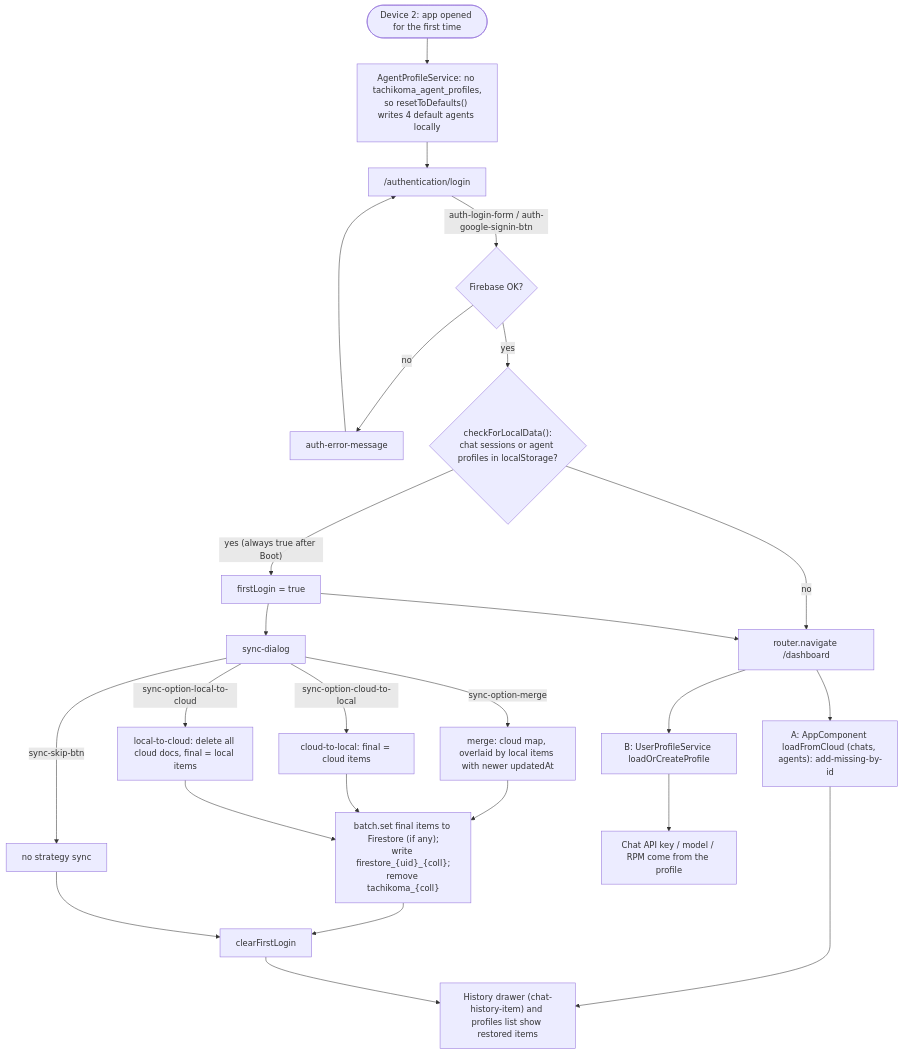
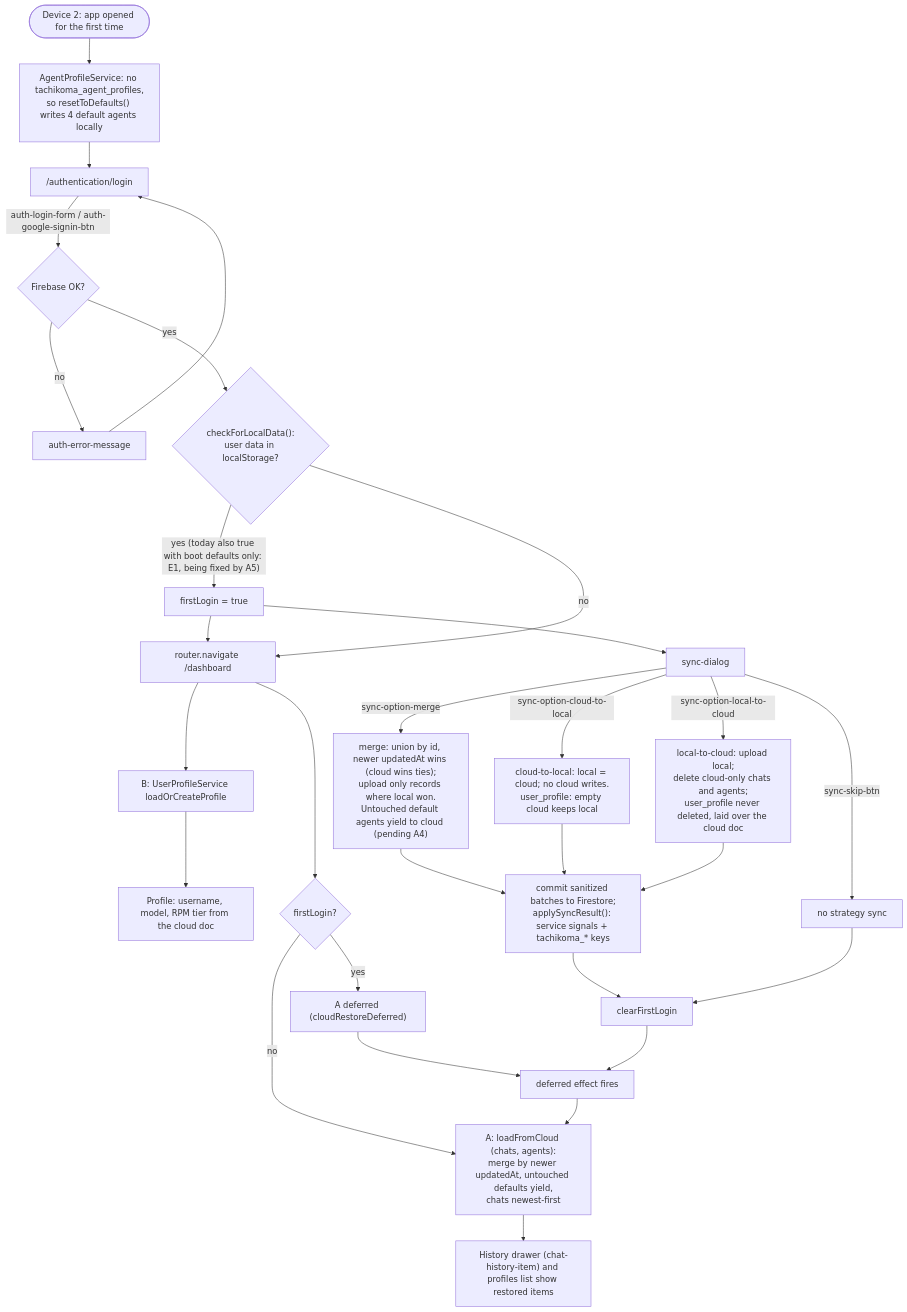
One commit to ograva/tachikoma-console changed the first of 2 diagrams in docs/context/designs/Flow_RestoreAcrossDevices.md. Above: the diagram before and after it, drawn with Mermaid. The commit also changed other lines of this file and 7 other files, not shown here.

First line of the commit message:
docs(design): v1.6 stabilisation pass: final test ids, touch history actions, restore flow

````diff
--- a/docs/context/designs/Flow_RestoreAcrossDevices.md
+++ b/docs/context/designs/Flow_RestoreAcrossDevices.md
@@ -29,28 +36,31 @@
 ```mermaid
 flowchart TD
     Fresh(["Device 2: app opened for the first time"]) --> Boot["AgentProfileService: no tachikoma_agent_profiles,<br/>so resetToDefaults() writes 4 default agents locally"]
     Boot --> LoginPg["/authentication/login"]
     LoginPg -->|"auth-login-form / auth-google-signin-btn"| Auth{Firebase OK?}
     Auth -- no --> Err[auth-error-message] --> LoginPg
-    Auth -- yes --> CFL{"checkForLocalData():<br/>chat sessions or agent profiles in localStorage?"}
-    CFL -->|"yes (always true after Boot)"| FL[firstLogin = true]
+    Auth -- yes --> CFL{"checkForLocalData():<br/>user data in localStorage?"}
+    CFL -->|"yes (today also true with boot defaults only: E1, being fixed by A5)"| FL[firstLogin = true]
     CFL -->|no| Nav
     FL --> Nav["router.navigate /dashboard"]
-    Nav --> A["A: AppComponent loadFromCloud (chats, agents): add-missing-by-id"]
     Nav --> B["B: UserProfileService loadOrCreateProfile"]
+    Nav --> Gate{firstLogin?}
+    Gate -- no --> A
+    Gate -- yes --> Defer["A deferred (cloudRestoreDeferred)"]
     FL --> SD[sync-dialog]
-    SD -->|sync-option-merge| M["merge: cloud map, overlaid by local items with newer updatedAt"]
-    SD -->|sync-option-cloud-to-local| C["cloud-to-local: final = cloud items"]
-    SD -->|sync-option-local-to-cloud| L["local-to-cloud: delete all cloud docs, final = local items"]
+    SD -->|sync-option-merge| M["merge: union by id, newer updatedAt wins (cloud wins ties);<br/>upload only records where local won.<br/>Untouched default agents yield to cloud (pending A4)"]
+    SD -->|sync-option-cloud-to-local| C["cloud-to-local: local = cloud; no cloud writes.<br/>user_profile: empty cloud keeps local"]
+    SD -->|sync-option-local-to-cloud| L["local-to-cloud: upload local;<br/>delete cloud-only chats and agents;<br/>user_profile never deleted, laid over the cloud doc"]
     SD -->|sync-skip-btn| Skip[no strategy sync]
-    M --> W["batch.set final items to Firestore (if any);<br/>write firestore_{uid}_{coll};<br/>remove tachikoma_{coll}"]
+    M --> W["commit sanitized batches to Firestore;<br/>applySyncResult(): service signals + tachikoma_* keys"]
     C --> W
     L --> W
     W --> Clr[clearFirstLogin]
     Skip --> Clr
-    A --> UI["History drawer (chat-history-item) and profiles list show restored items"]
-    B --> UI2["Chat API key / model / RPM come from the profile"]
-    Clr --> UI
+    Clr --> Defer2["deferred effect fires"] --> A
+    Defer --> Defer2
+    A["A: loadFromCloud (chats, agents):<br/>merge by newer updatedAt, untouched defaults yield,<br/>chats newest-first"] --> UI["History drawer (chat-history-item) and profiles list show restored items"]
+    B --> UI2["Profile: username, model, RPM tier from the cloud doc"]
 
-    %% HAPPY PATH: Fresh -> Boot -> LoginPg -> Auth ok -> FL -> SD -> merge -> W -> UI, with A restoring missing chats
+    %% HAPPY PATH: Fresh -> Boot -> LoginPg -> Auth ok -> FL -> SD -> merge -> W -> Clr -> A -> UI
 ```
````
